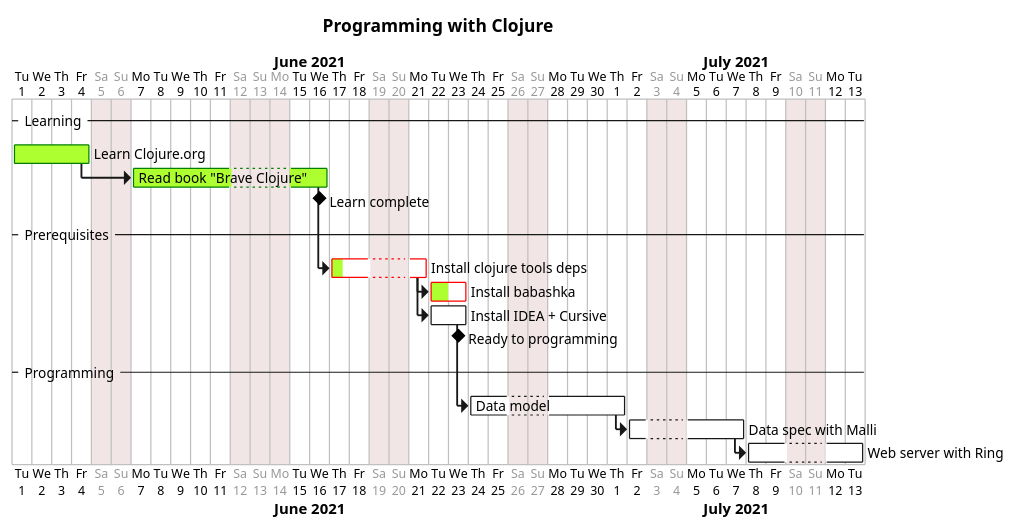
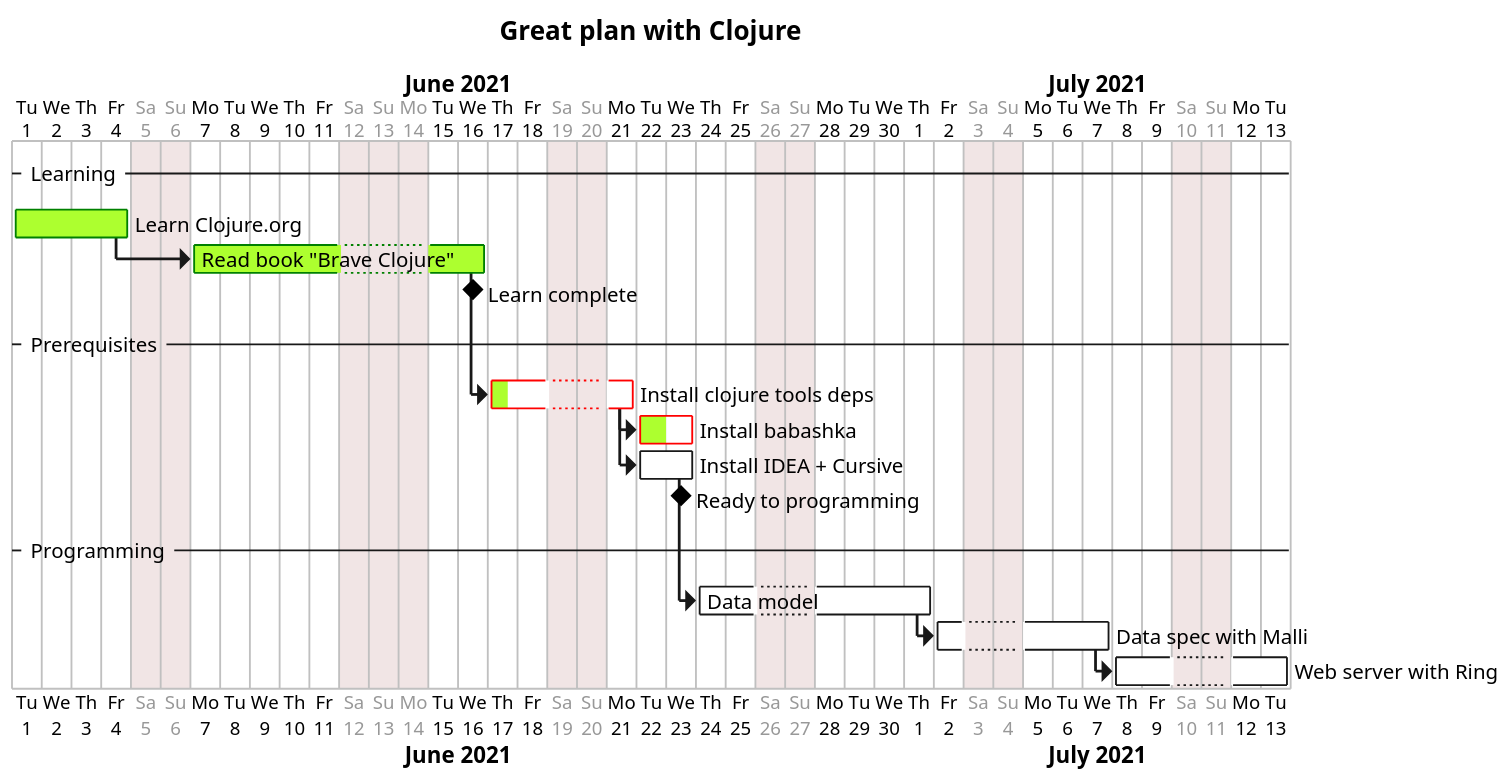
The diagram in doc/programming-clojure-plan.edn.puml (redstarssystems/gantt), drawn with PlantUML before and after one commit. The commit also changed 30 other files, not shown here.

```diff
--- a/doc/programming-clojure-plan.edn.puml
+++ b/doc/programming-clojure-plan.edn.puml
@@ -1,51 +1,53 @@
 @startgantt
 
 Project starts 2021-06-01
 
-Title Programming with Clojure
+scale 1200*800
+
+Title Great plan with Clojure
 
 projectscale daily zoom 1
 
 Saturday are closed
 Sunday are closed
 2021-06-14 is closed
 
 
 -- Learning --
 
 [Learn Clojure.org] as [learn-clojure-site] starts 2021-06-01 and ends 2021-06-04 
 [Read book "Brave Clojure"] as [read-brave-book] lasts 7 days and starts at [learn-clojure-site]'s end
 [Learn complete] happens after [learn-clojure-site]'s end
 [Learn complete] happens after [read-brave-book]'s end
 
 -- Prerequisites --
 
 [Install clojure tools deps] as [install-clj-tools-deps] lasts 3 days and starts at [read-brave-book]'s end
 [Install babashka] as [install-babashka] lasts 2 days and starts at [install-clj-tools-deps]'s end
 [Install IDEA + Cursive] as [install-idea] lasts 2 days and starts at [install-clj-tools-deps]'s end
 [Ready to programming] happens after [install-clj-tools-deps]'s end
 [Ready to programming] happens after [install-babashka]'s end
 [Ready to programming] happens after [install-idea]'s end
 
 -- Programming --
 
 [Data model] as [data-model] lasts 6 days and starts at [install-idea]'s end
 [Data spec with Malli] as [spec] lasts 4 days and starts at [data-model]'s end
 [Web server with Ring] as [web-server] lasts 4 days and starts at [spec]'s end
 
 [learn-clojure-site] is 100% completed
 [read-brave-book] is 100% completed
 [install-clj-tools-deps] is 20% completed
 [install-babashka] is 50% completed
 [install-idea] is 0% completed
 [data-model] is 0% completed
 [spec] is 0% completed
 [web-server] is 0% completed
 
 [learn-clojure-site] is colored in GreenYellow/Green
 [read-brave-book] is colored in GreenYellow/Green
 [install-clj-tools-deps] is colored in GreenYellow/Red
 [install-babashka] is colored in GreenYellow/Red
 
 
 @endgantt
```
